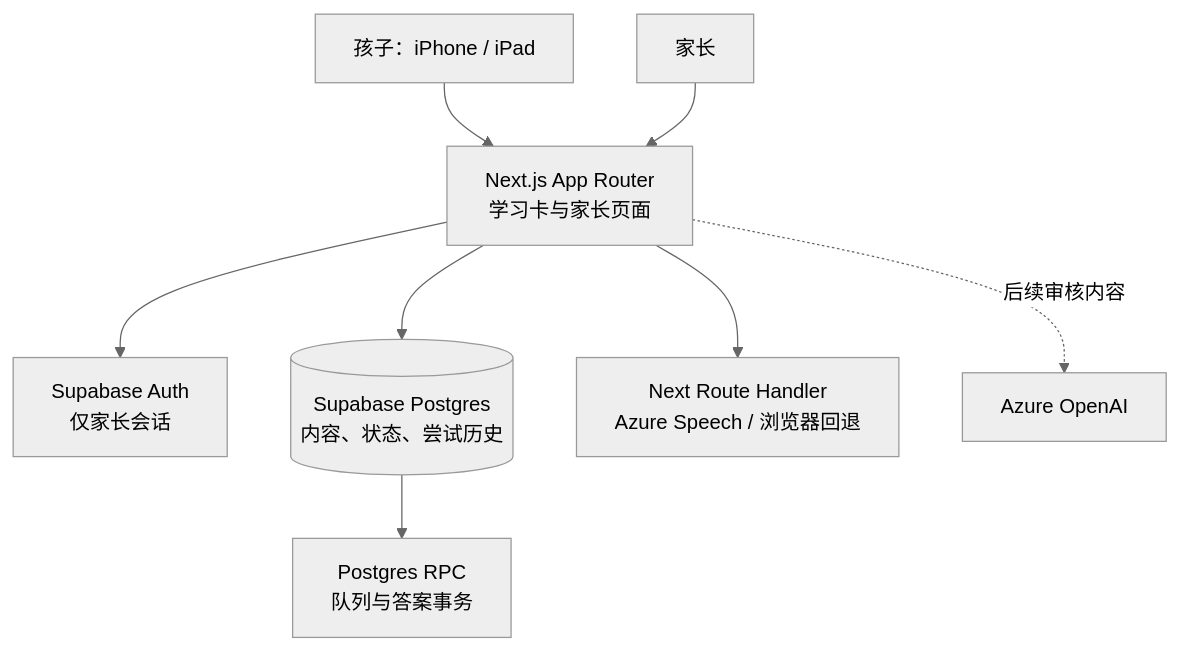
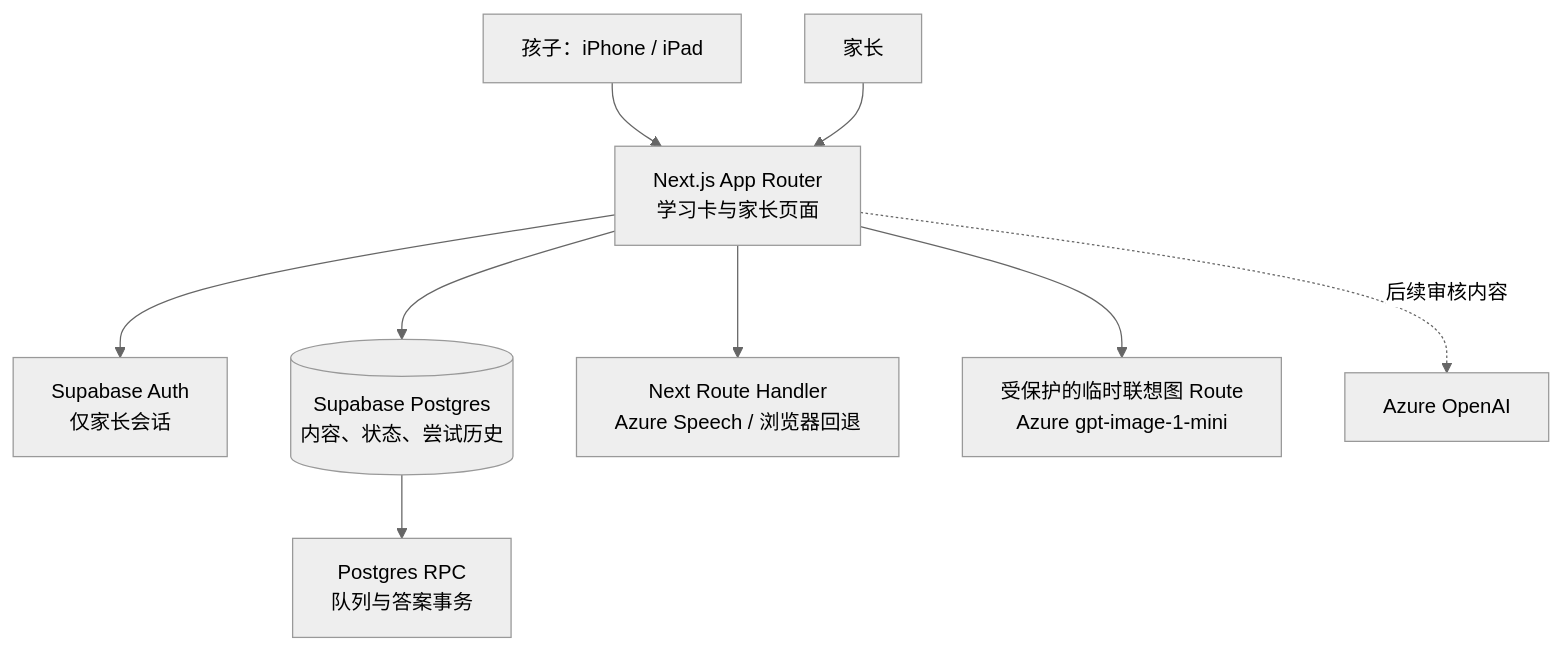
One commit to FisherUp11/Fisher_Learning_System changed the first of 3 diagrams in ARCHITECTURE.md. Above: the diagram before and after it, drawn with Mermaid (neutral theme). The commit also changed other lines of this file and 15 other files, not shown here.

````diff
--- a/ARCHITECTURE.md
+++ b/ARCHITECTURE.md
@@ -7,10 +7,11 @@
 ```mermaid
 flowchart TB
   Kid[孩子：iPhone / iPad] --> UI[Next.js App Router\n学习卡与家长页面]
   Parent[家长] --> UI
   UI --> Auth[Supabase Auth\n仅家长会话]
   UI --> DB[(Supabase Postgres\n内容、状态、尝试历史)]
   UI --> Speech[Next Route Handler\nAzure Speech / 浏览器回退]
+  UI --> Image[受保护的临时联想图 Route\nAzure gpt-image-1-mini]
   UI -.后续审核内容.-> AI[Azure OpenAI]
   DB --> Scheduler[Postgres RPC\n队列与答案事务]
 ```
````
